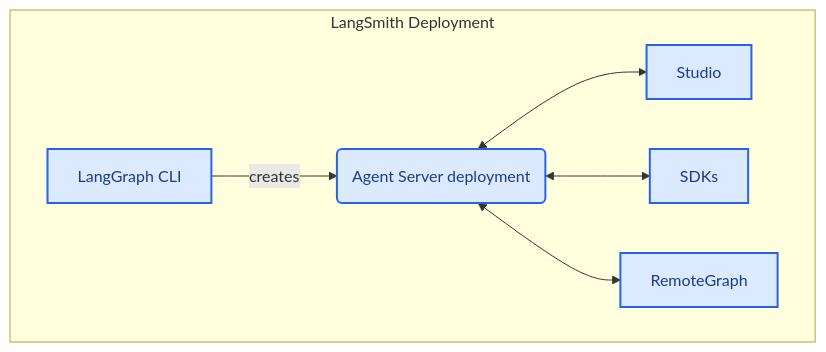
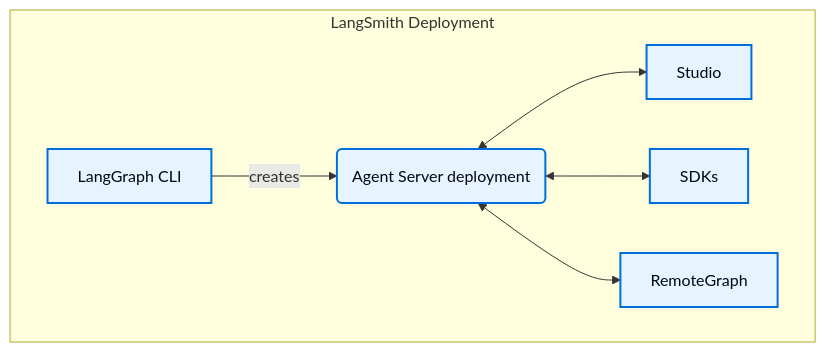
Before and after one commit to kunfan96/cndocs-langchain: the diagram in langsmith/components.mdx, drawn with Mermaid. The commit also changed 2538 other files, not shown here.

````diff
--- a/langsmith/components.mdx
+++ b/langsmith/components.mdx
@@ -10,13 +10,13 @@
 ```mermaid
 flowchart
     subgraph LangSmith Deployment
         A[LangGraph CLI] -->|creates| B(Agent Server deployment)
         B <--> D[Studio]
         B <--> E[SDKs]
         B <--> F[RemoteGraph]
     end
 
-    classDef process fill:#DBEAFE,stroke:#2563EB,stroke-width:2px,color:#1E3A8A
+    classDef process fill:#E5F4FF,stroke:#006DDD,stroke-width:2px,color:#030710
 
     class A,B,D,E,F process
 ```
````
